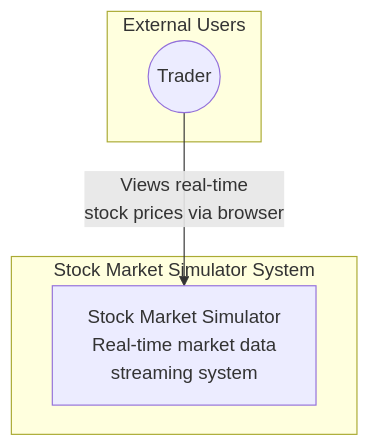
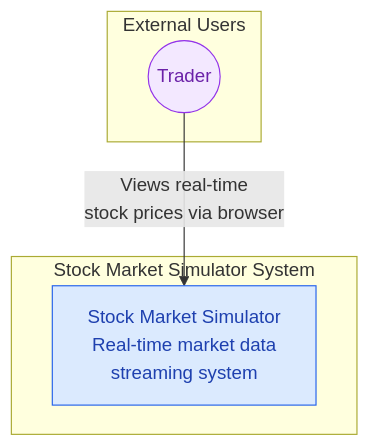
One commit to raj-champion-trader/rajchampaneriya.github.io changed the first of 10 diagrams in hugo-site/content/projects/stock-market-simulator/index.md. Above: the diagram before and after it, drawn with Mermaid. The commit also changed other lines of this file and 5 other files, not shown here.

First line of the commit message:
Enhance Mermaid Diagrams with Semantic Color Classes and Dark Mode Support

````diff
--- a/hugo-site/content/projects/stock-market-simulator/index.md
+++ b/hugo-site/content/projects/stock-market-simulator/index.md
@@ -45,12 +45,15 @@
 ```mermaid
 flowchart TB
+    classDef primary fill:#dbeafe,stroke:#2563eb,color:#1e40af
+    classDef highlight fill:#f3e8ff,stroke:#9333ea,color:#6b21a8
+
     subgraph External_Users["External Users"]
-        Trader((Trader))
+        Trader(("Trader")):::highlight
     end
 
     subgraph Stock_Market_Simulator["Stock Market Simulator System"]
-        System[Stock Market Simulator<br/>Real-time market data<br/>streaming system]
+        System["Stock Market Simulator<br/>Real-time market data<br/>streaming system"]:::primary
     end
 
-    Trader -->|Views real-time<br/>stock prices via browser| System
+    Trader -->|"Views real-time<br/>stock prices via browser"| System
 ```
````
